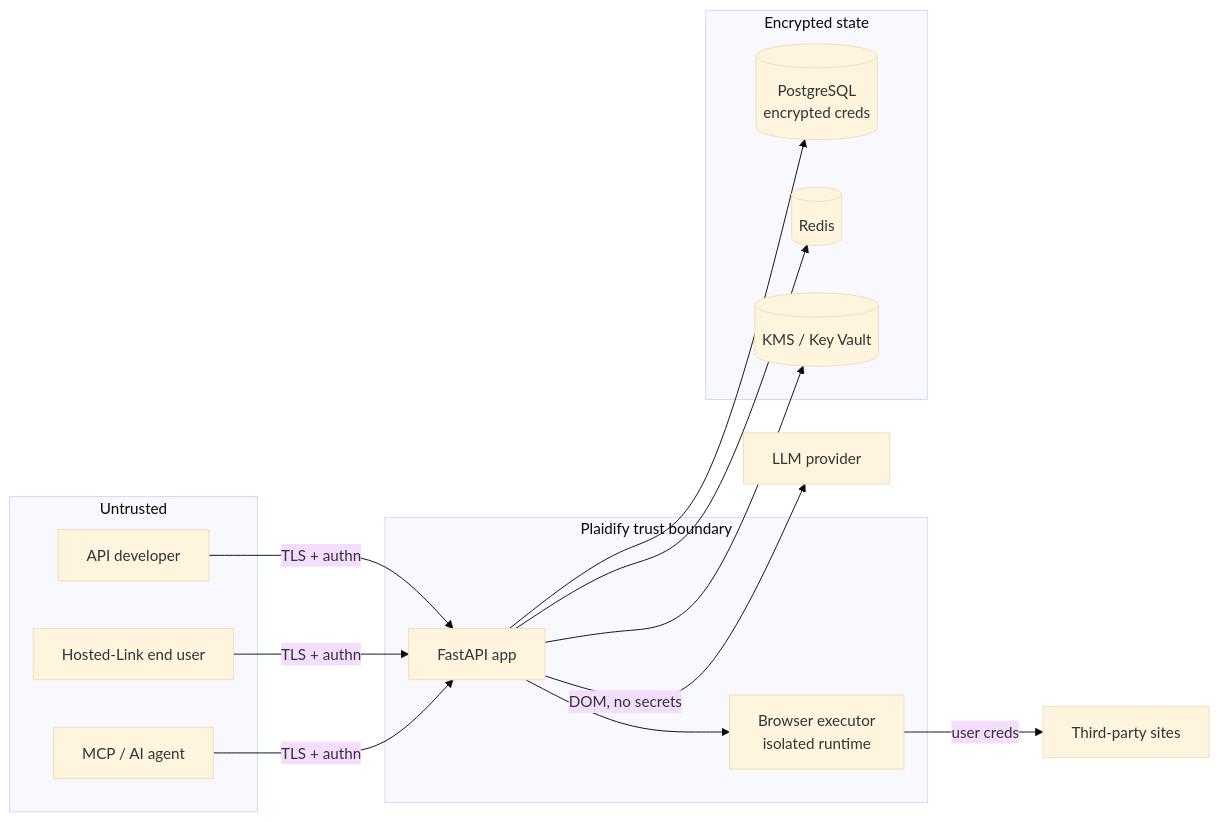
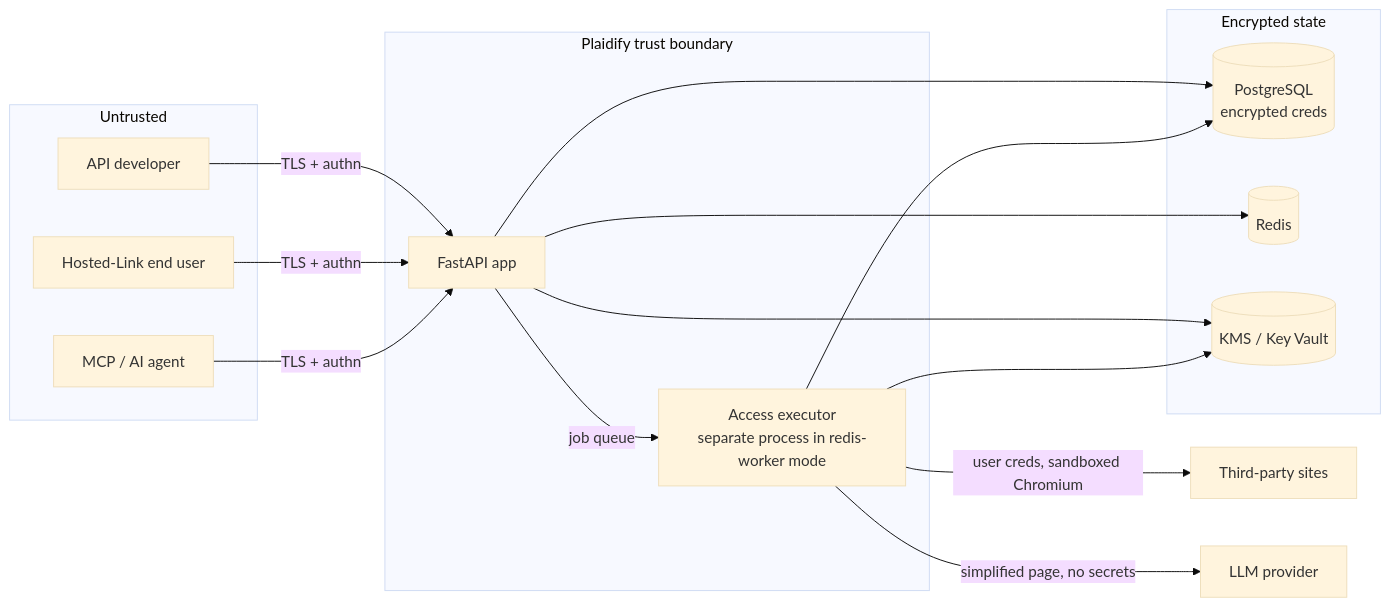
The diagram in docs/THREAT_MODEL.md (meetpandya27/plaidify), drawn with Mermaid (base theme) before and after one commit. The commit also changed other lines of this file and 343 other files, not shown here.

````diff
--- a/docs/THREAT_MODEL.md
+++ b/docs/THREAT_MODEL.md
@@ -20,27 +22,29 @@
 ```mermaid
 flowchart LR
   subgraph Untrusted
     dev[API developer]
     user[Hosted-Link end user]
     agent[MCP / AI agent]
   end
   subgraph Plaidify [Plaidify trust boundary]
     api[FastAPI app]
-    exec[Browser executor<br/>isolated runtime]
+    exec[Access executor<br/>separate process in redis-worker mode]
   end
   subgraph Data [Encrypted state]
     db[(PostgreSQL<br/>encrypted creds)]
     redis[(Redis)]
     kms[(KMS / Key Vault)]
   end
   ext[Third-party sites]
   llm[LLM provider]
 
   dev & user & agent -->|TLS + authn| api
   api --> db
   api --> redis
   api --> kms
-  api --> exec
-  exec -->|user creds| ext
-  api -->|DOM, no secrets| llm
+  api -->|job queue| exec
+  exec --> db
+  exec --> kms
+  exec -->|user creds, sandboxed Chromium| ext
+  exec -->|simplified page, no secrets| llm
 ```
````
